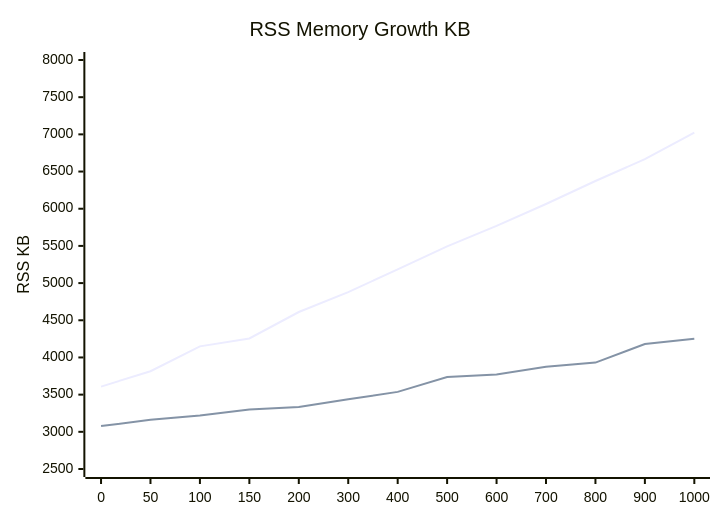
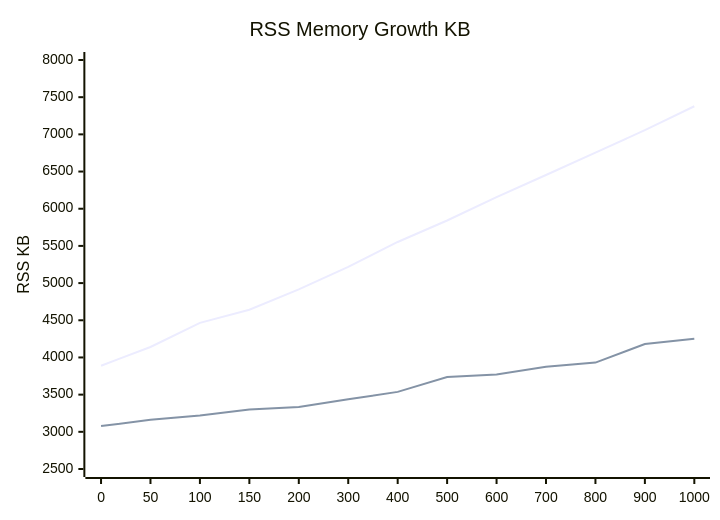
One commit to loft-games/service-daemon-rs changed the first of 3 diagrams in docs/architecture/performance-benchmarks.md. Above: the diagram before and after it, drawn with Mermaid. The commit also changed other lines of this file and 6 other files, not shown here.

````diff
--- a/docs/architecture/performance-benchmarks.md
+++ b/docs/architecture/performance-benchmarks.md
@@ -50,8 +51,8 @@
 ```mermaid
 xychart-beta
 title "RSS Memory Growth KB"
 x-axis [0, 50, 100, 150, 200, 300, 400, 500, 600, 700, 800, 900, 1000]
 y-axis "RSS KB" 2500 --> 8000
-line [3608, 3815, 4149, 4256, 4611, 4878, 5185, 5493, 5769, 6064, 6373, 6666, 7025]
+line [3889, 4141, 4465, 4642, 4915, 5219, 5553, 5842, 6156, 6454, 6754, 7056, 7378]
 line [3077, 3162, 3218, 3299, 3335, 3438, 3537, 3737, 3771, 3876, 3931, 4181, 4252]
 ```
````
